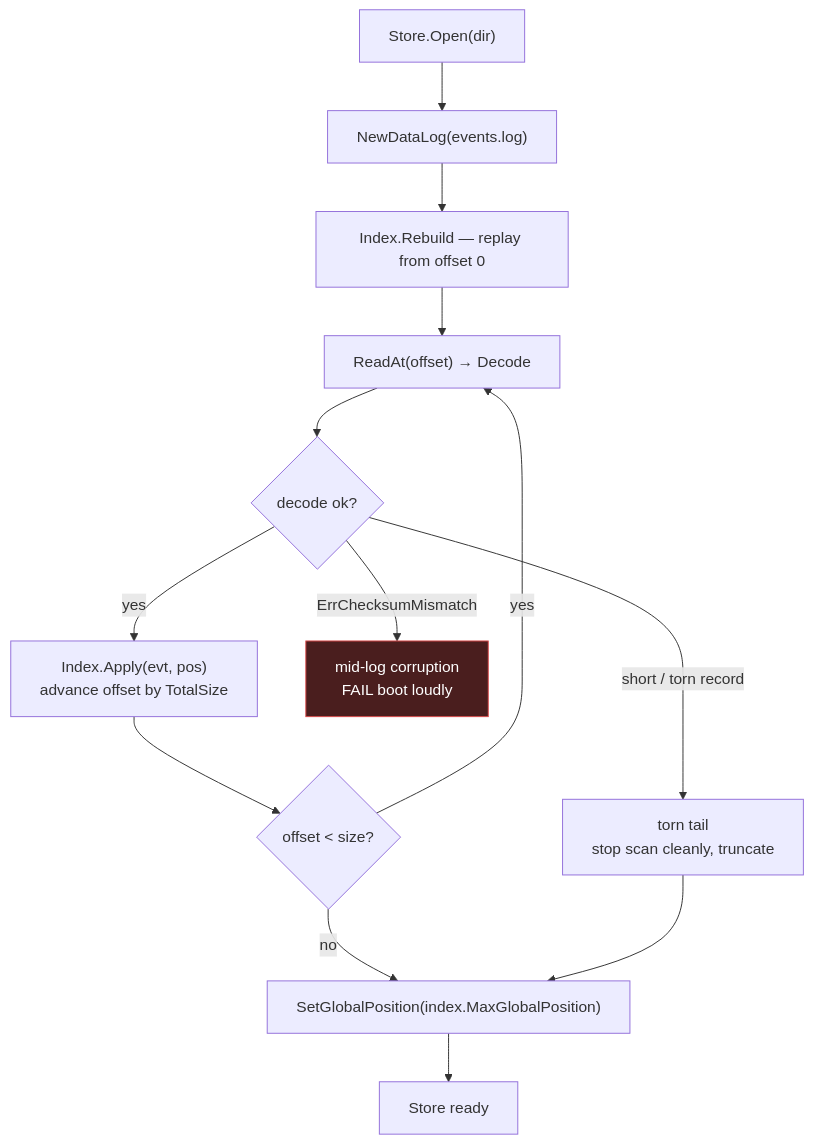
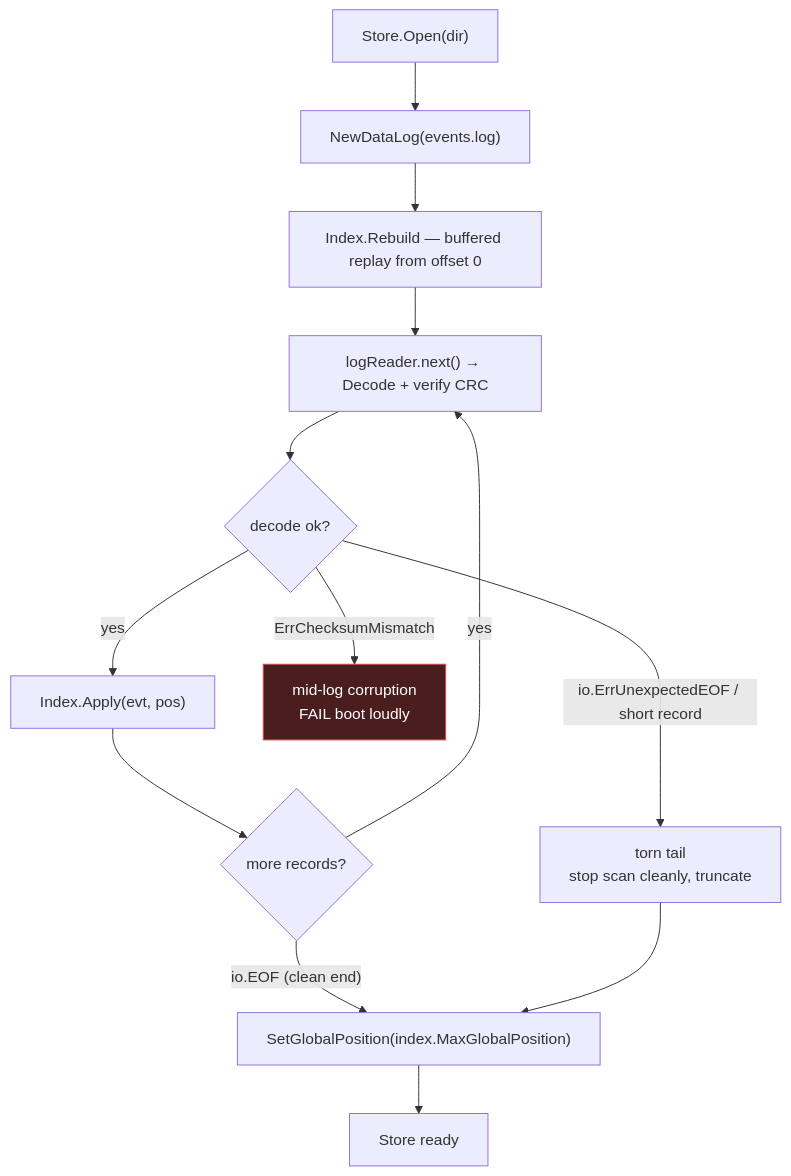
One commit to leow93/eventstore changed the fourth of 6 diagrams in doc/architecture.md. Above: the diagram before and after it, drawn with Mermaid. The commit also changed other lines of this file and 12 other files, not shown here.

````diff
--- a/doc/architecture.md
+++ b/doc/architecture.md
@@ -142,18 +147,18 @@
 ```mermaid
 flowchart TB
     open["Store.Open(dir)"] --> newlog["NewDataLog(events.log)"]
-    newlog --> rebuild["Index.Rebuild — replay from offset 0"]
-    rebuild --> read["ReadAt(offset) → Decode"]
+    newlog --> rebuild["Index.Rebuild — buffered replay from offset 0"]
+    rebuild --> read["logReader.next() → Decode + verify CRC"]
     read --> ok{"decode ok?"}
-    ok -->|"yes"| apply["Index.Apply(evt, pos)<br/>advance offset by TotalSize"]
-    apply --> more{"offset < size?"}
+    ok -->|"yes"| apply["Index.Apply(evt, pos)"]
+    apply --> more{"more records?"}
     more -->|"yes"| read
-    more -->|"no"| seed
+    more -->|"io.EOF (clean end)"| seed
     ok -->|"ErrChecksumMismatch"| corrupt["mid-log corruption<br/>FAIL boot loudly"]
-    ok -->|"short / torn record"| torn["torn tail<br/>stop scan cleanly, truncate"]
+    ok -->|"io.ErrUnexpectedEOF / short record"| torn["torn tail<br/>stop scan cleanly, truncate"]
     torn --> seed
     seed["SetGlobalPosition(index.MaxGlobalPosition)"] --> ready["Store ready"]
 
     classDef bad fill:#4a1e1e,stroke:#d94a4a,color:#fff
     class corrupt bad
 ```
````
